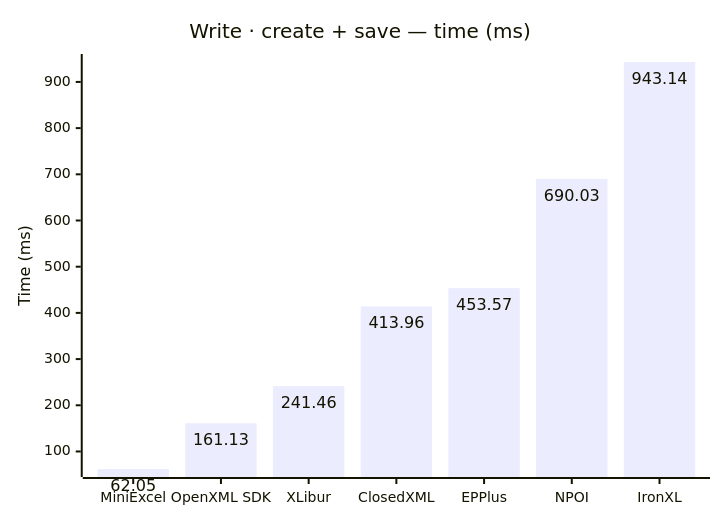
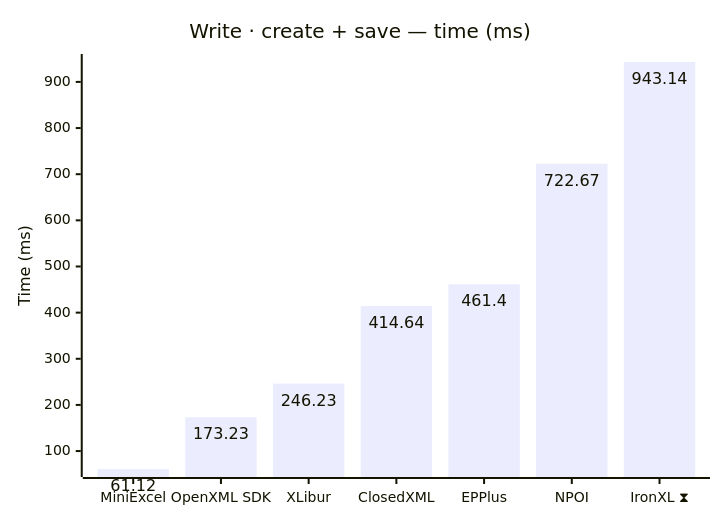
One commit to jafin/XLBench changed the fifth of 12 diagrams in docs/results.md. Above: the diagram before and after it, drawn with Mermaid. The commit also changed other lines of this file and 3 other files, not shown here.

````diff
--- a/docs/results.md
+++ b/docs/results.md
@@ -87,12 +91,12 @@
 ```mermaid
 ---
 config:
   xyChart:
     showDataLabel: true
 ---
 xychart-beta
     title "Write · create + save — time (ms)"
-    x-axis ["MiniExcel", "OpenXML SDK", "XLibur", "ClosedXML", "EPPlus", "NPOI", "IronXL"]
+    x-axis ["MiniExcel", "OpenXML SDK", "XLibur", "ClosedXML", "EPPlus", "NPOI", "IronXL ⧗"]
     y-axis "Time (ms)"
-    bar [62.05, 161.13, 241.46, 413.96, 453.57, 690.03, 943.14]
+    bar [61.12, 173.23, 246.23, 414.64, 461.4, 722.67, 943.14]
 ```
````
